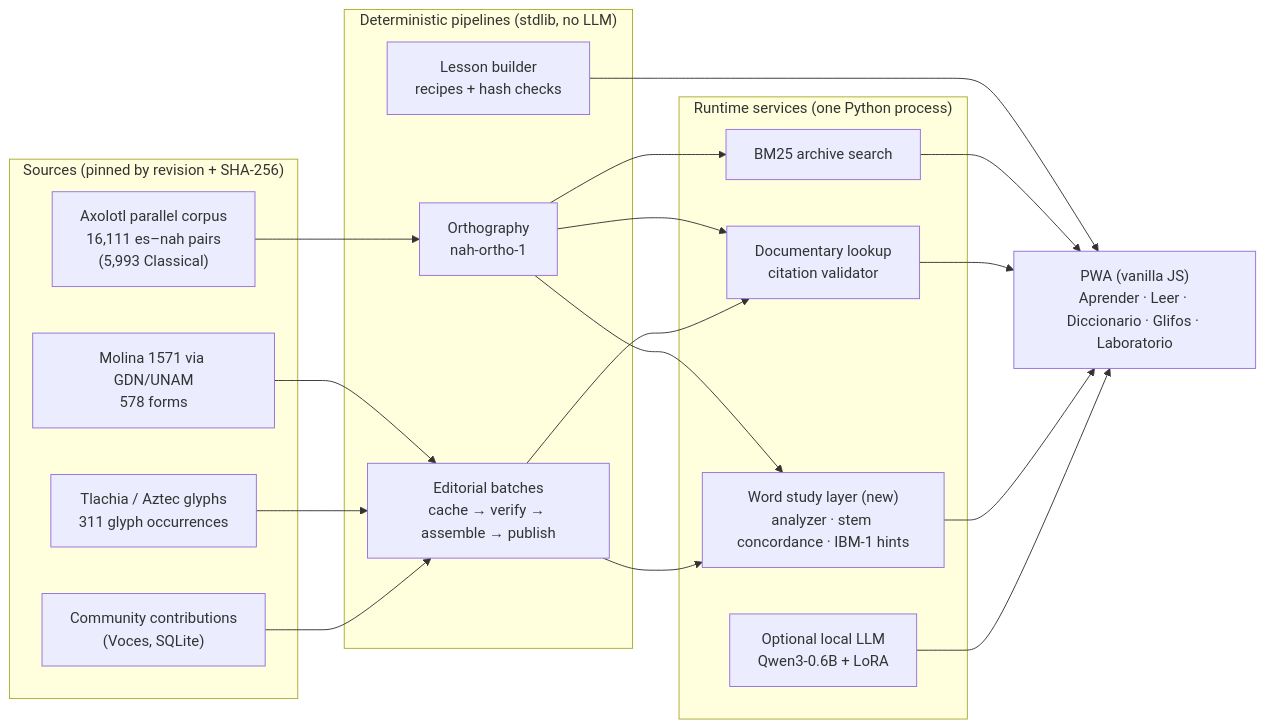
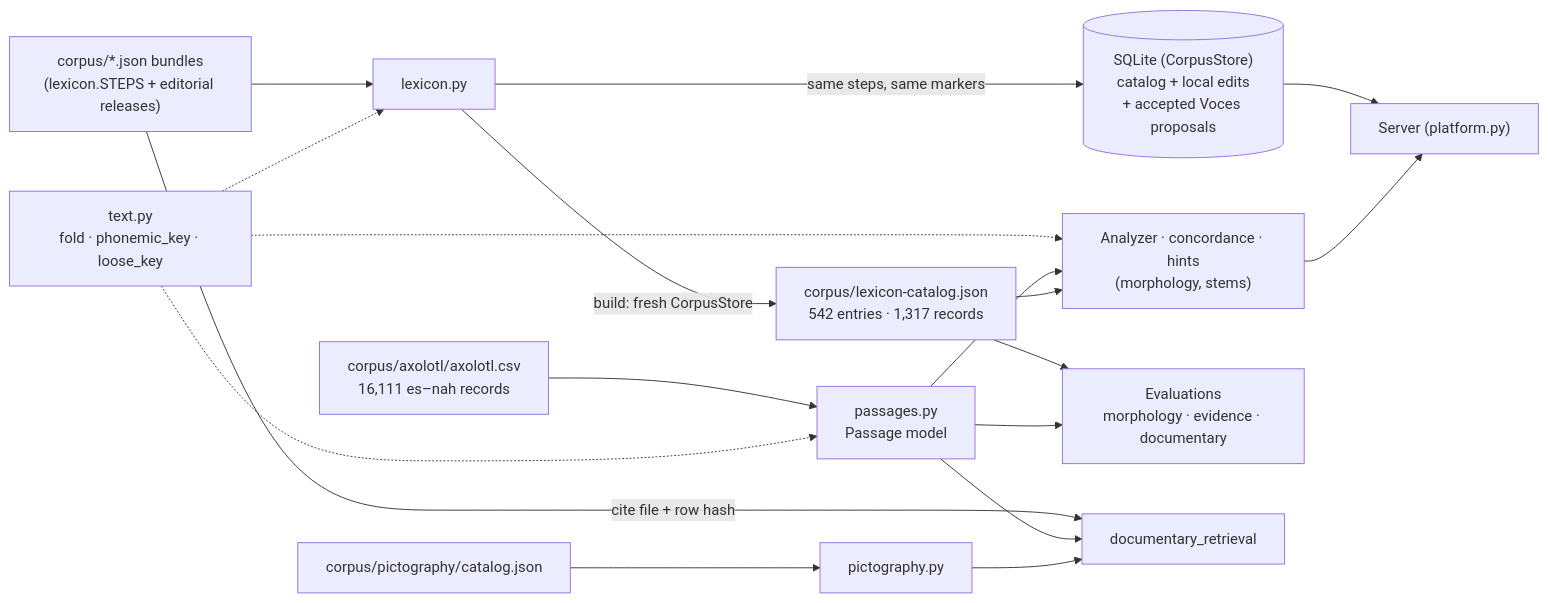
The diagram in docs/ARCHITECTURE.md (pescamill/amoxcalli), drawn with Mermaid before and after one commit. The commit also changed other lines of this file and 49 other files, not shown here.

````diff
--- a/docs/ARCHITECTURE.md
+++ b/docs/ARCHITECTURE.md
@@ -11,27 +7,17 @@
 ```mermaid
 flowchart LR
-  subgraph Sources["Sources (pinned by revision + SHA-256)"]
-    AX["Axolotl parallel corpus<br/>16,111 es–nah pairs<br/>(5,993 Classical)"]
-    GDN["Molina 1571 via GDN/UNAM<br/>578 forms"]
-    TL["Tlachia / Aztec glyphs<br/>311 glyph occurrences"]
-    CO["Community contributions<br/>(Voces, SQLite)"]
-  end
-  subgraph Build["Deterministic pipelines (stdlib, no LLM)"]
-    ORT["Orthography<br/>nah-ortho-1"]
-    ED["Editorial batches<br/>cache → verify → assemble → publish"]
-    LB["Lesson builder<br/>recipes + hash checks"]
-  end
-  subgraph Services["Runtime services (one Python process)"]
-    BM["BM25 archive search"]
-    DOC["Documentary lookup<br/>citation validator"]
-    MORPH["Word study layer (new)<br/>analyzer · stem concordance · IBM-1 hints"]
-    LLM["Optional local LLM<br/>Qwen3-0.6B + LoRA"]
-  end
-  UI["PWA (vanilla JS)<br/>Aprender · Leer · Diccionario · Glifos · Laboratorio"]
-  AX --> ORT --> BM & DOC & MORPH
-  GDN --> ED --> DOC & MORPH
-  TL --> ED
-  CO --> ED
-  LB --> UI
-  BM & DOC & MORPH & LLM --> UI
+  CSV["corpus/axolotl/axolotl.csv<br/>16,111 es–nah records"] --> P["passages.py<br/>Passage model"]
+  B["corpus/*.json bundles<br/>(lexicon.STEPS + editorial releases)"] --> L["lexicon.py"]
+  L -- "build: fresh CorpusStore" --> C["corpus/lexicon-catalog.json<br/>542 entries · 1,317 records"]
+  L -- "same steps, same markers" --> DB[("SQLite (CorpusStore)<br/>catalog + local edits<br/>+ accepted Voces proposals")]
+  PIC["corpus/pictography/catalog.json"] --> PM["pictography.py"]
+  T["text.py<br/>fold · phonemic_key · loose_key"] -.-> P & L & AN
+  P --> AN["Analyzer · concordance · hints<br/>(morphology, stems)"]
+  C --> AN
+  DB --> S["Server (platform.py)"]
+  AN --> S
+  C --> E["Evaluations<br/>morphology · evidence · documentary"]
+  P --> E
+  B -- "cite file + row hash" --> DOC["documentary_retrieval"]
+  P & PM --> DOC
 ```
````
